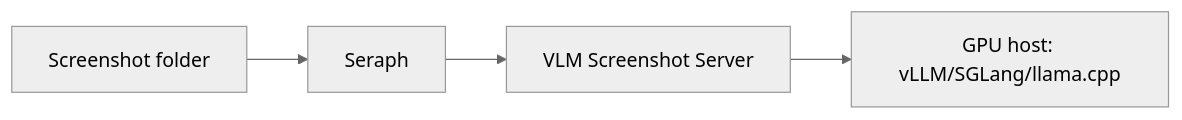
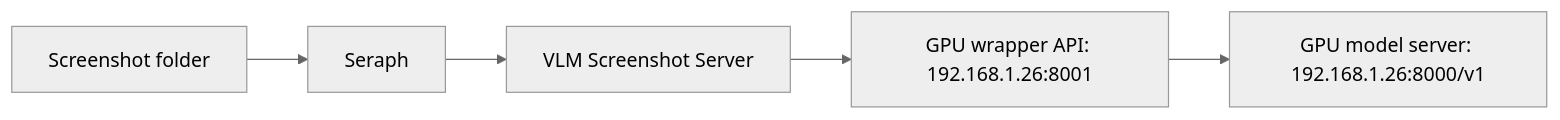
The first of 2 diagrams in README.md (seraph-quest/vlm-screenshot-server), drawn with Mermaid (neutral theme) before and after one commit. The commit also changed other lines of this file and 5 other files, not shown here.

````diff
--- a/README.md
+++ b/README.md
@@ -13,6 +14,7 @@
 ```mermaid
 flowchart LR
   A["Screenshot folder"] --> B["Seraph"]
   B --> C["VLM Screenshot Server"]
-  C --> D["GPU host: vLLM/SGLang/llama.cpp"]
+  C --> D["GPU wrapper API: 192.168.1.26:8001"]
+  D --> E["GPU model server: 192.168.1.26:8000/v1"]
 ```
````
